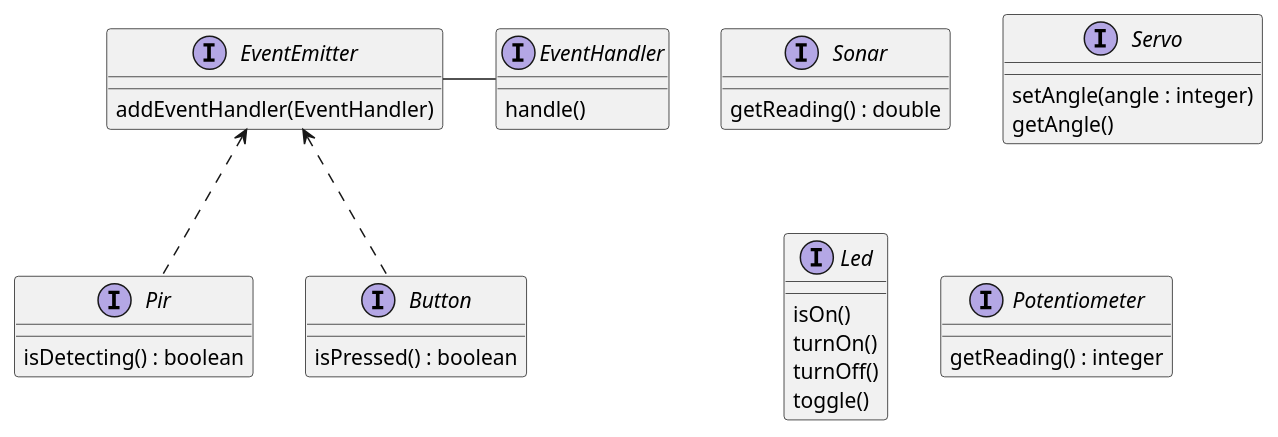
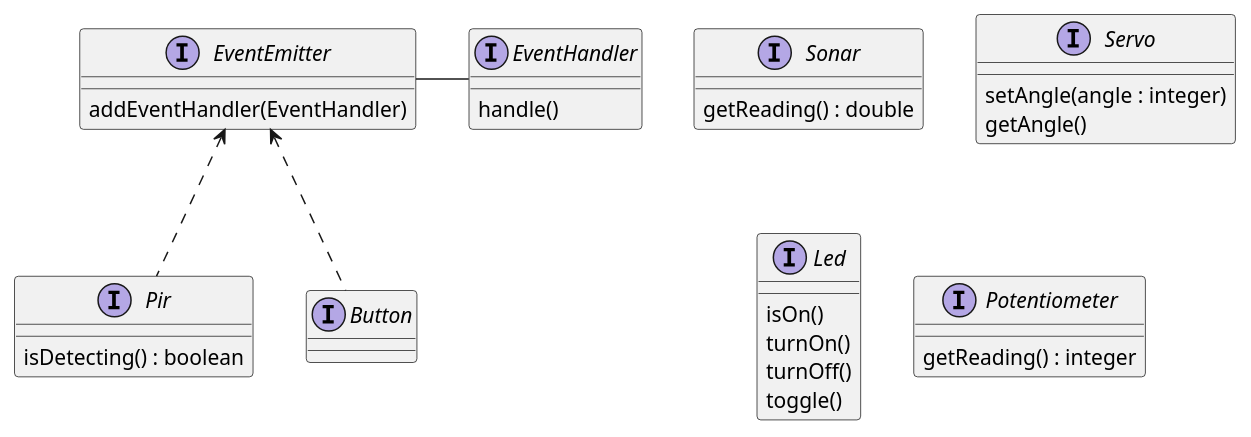
Before and after one commit to mattiamari/unibo-smartradar: the diagram in docs/uml/interfaces.puml, drawn with PlantUML. The commit also changed 24 other files, not shown here.

```diff
--- a/docs/uml/interfaces.puml
+++ b/docs/uml/interfaces.puml
@@ -1,44 +1,43 @@
 @startuml classes
 
 interface Sonar {
     getReading() : double
 }
 
 interface Servo {
     setAngle(angle : integer)
     getAngle()
 }
 
 interface Pir {
     isDetecting() : boolean
 }
 
 interface Led {
     isOn()
     turnOn()
     turnOff()
     toggle()
 }
 
 interface Button {
-    isPressed() : boolean
 }
 
 interface Potentiometer {
     getReading() : integer
 }
 
 interface EventEmitter {
     addEventHandler(EventHandler)
 }
 
 interface EventHandler {
     handle()
 }
 
 EventEmitter <.. Pir
 EventEmitter <.. Button
 
 EventEmitter - EventHandler
 
 @enduml
```
